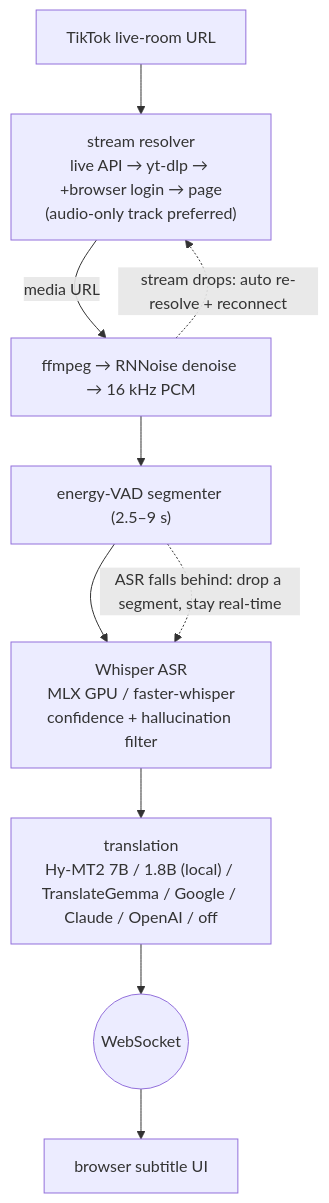
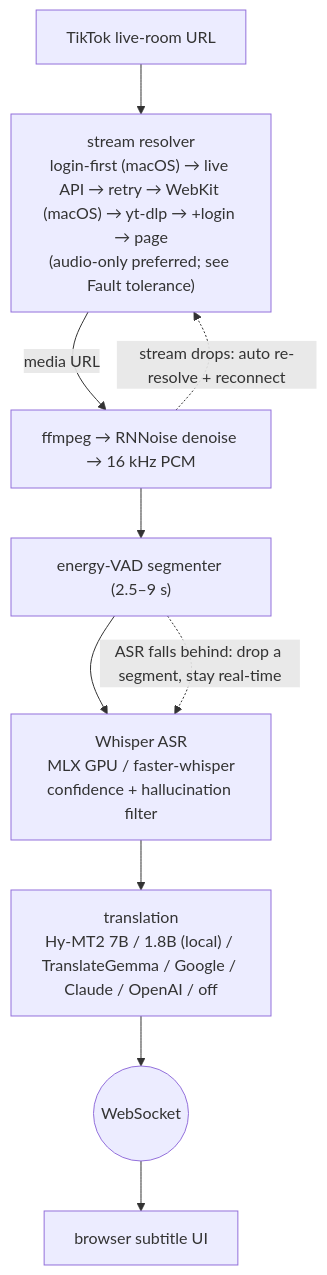
One commit to EM917/tiktok-live-translator changed the diagram in README.md. Above: the diagram before and after it, drawn with Mermaid. The commit also changed other lines of this file and 1 other file, not shown here.

First line of the commit message:
Fix the resolver flow in both READMEs to match today's code

````diff
--- a/README.md
+++ b/README.md
@@ -422,12 +422,12 @@
 ```mermaid
 flowchart TD
-    URL["TikTok live-room URL"] --> RESOLVE["stream resolver<br/>live API → yt-dlp → +browser login → page<br/>(audio-only track preferred)"]
+    URL["TikTok live-room URL"] --> RESOLVE["stream resolver<br/>login-first (macOS) → live API → retry → WebKit (macOS) → yt-dlp → +login → page<br/>(audio-only preferred; see Fault tolerance)"]
     RESOLVE -->|"media URL"| FF["ffmpeg → RNNoise denoise → 16 kHz PCM"]
     FF --> VAD["energy-VAD segmenter (2.5–9 s)"]
     VAD --> ASR["Whisper ASR<br/>MLX GPU / faster-whisper<br/>confidence + hallucination filter"]
     ASR --> TR["translation<br/>Hy-MT2 7B / 1.8B (local) / TranslateGemma / Google / Claude / OpenAI / off"]
     TR --> WS(("WebSocket"))
     WS --> UI["browser subtitle UI"]
     FF -.->|"stream drops: auto re-resolve + reconnect"| RESOLVE
     VAD -.->|"ASR falls behind: drop a segment, stay real-time"| ASR
 ```
````
